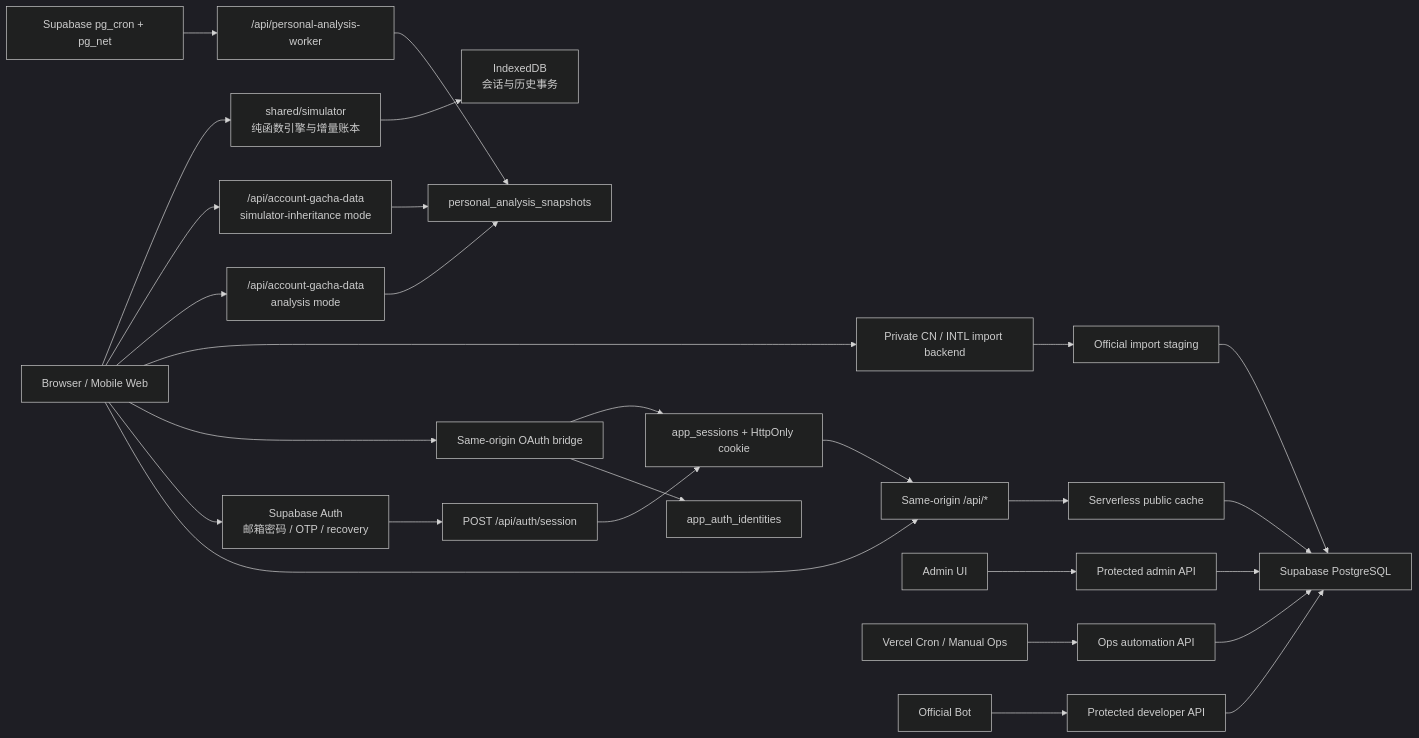
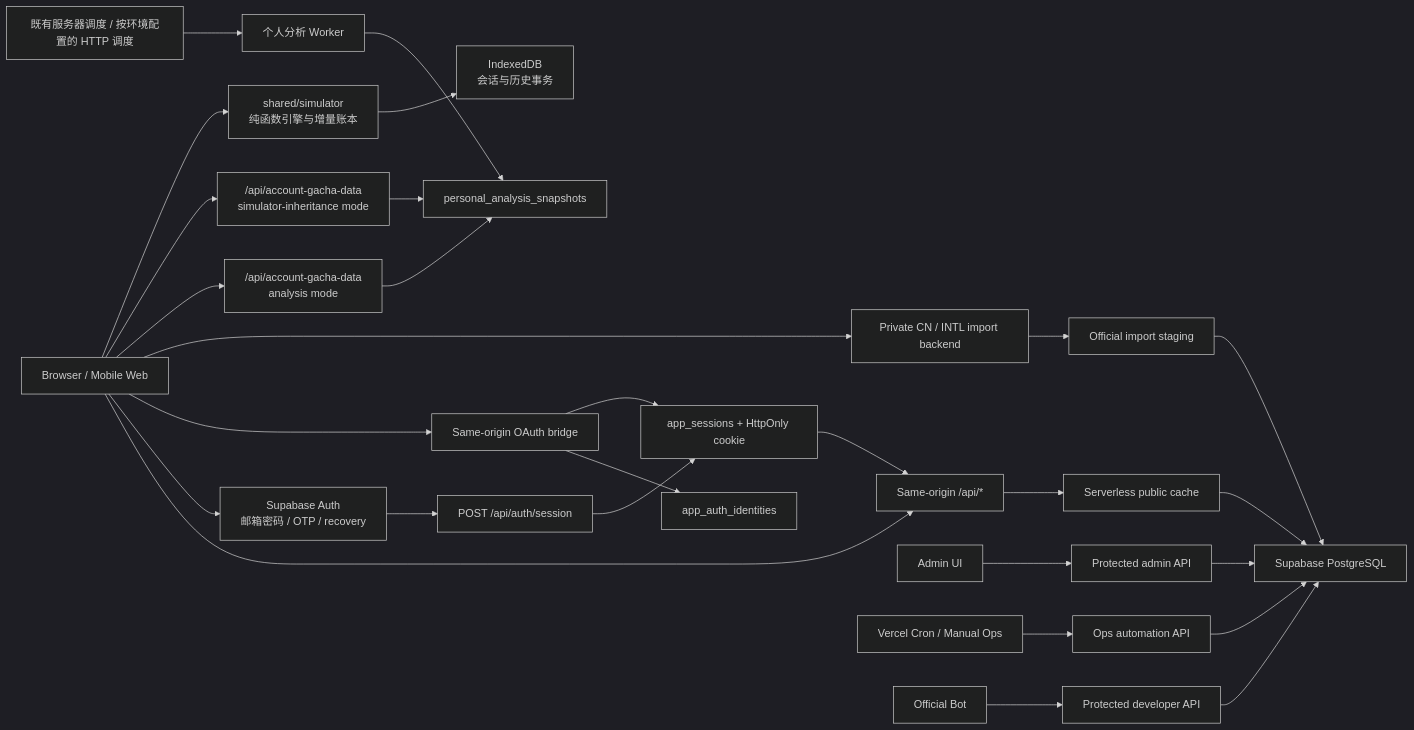
The first of 2 diagrams in docs/ARCHITECTURE.md (MoguJunn/endfield-gacha), drawn with Mermaid (dark theme) before and after one commit. The commit also changed other lines of this file and 25 other files, not shown here.

````diff
--- a/docs/ARCHITECTURE.md
+++ b/docs/ARCHITECTURE.md
@@ -9,30 +9,30 @@
 ```mermaid
 flowchart LR
   Browser["Browser / Mobile Web"] --> PublicApi["Same-origin /api/*"]
   Browser --> SupabaseAuth["Supabase Auth\n邮箱密码 / OTP / recovery"]
   Browser --> OAuthBridge["Same-origin OAuth bridge"]
   OAuthBridge --> AuthIdentity["app_auth_identities"]
   SupabaseAuth --> SessionBootstrap["POST /api/auth/session"]
   OAuthBridge --> SiteSession["app_sessions + HttpOnly cookie"]
   SessionBootstrap --> SiteSession
   SiteSession --> PublicApi
   Browser --> ImportBackend["Private CN / INTL import backend"]
   ImportBackend --> ImportStaging["Official import staging"]
   ImportStaging --> SupabaseDb
   Browser --> AnalysisApi["/api/account-gacha-data\nanalysis mode"]
   AnalysisApi --> AnalysisSnapshot["personal_analysis_snapshots"]
-  AnalysisScheduler["Supabase pg_cron + pg_net"] --> AnalysisWorker["/api/personal-analysis-worker"]
+  AnalysisScheduler["既有服务器调度 / 按环境配置的 HTTP 调度"] --> AnalysisWorker["个人分析 Worker"]
   AnalysisWorker --> AnalysisSnapshot
   Browser --> InheritanceApi["/api/account-gacha-data\nsimulator-inheritance mode"]
   InheritanceApi --> AnalysisSnapshot
   Browser --> Simulator["shared/simulator\n纯函数引擎与增量账本"]
   Simulator --> SimulatorSave["IndexedDB\n会话与历史事务"]
   PublicApi --> PublicCache["Serverless public cache"]
   PublicCache --> SupabaseDb["Supabase PostgreSQL"]
   Admin["Admin UI"] --> AdminApi["Protected admin API"]
   AdminApi --> SupabaseDb
   Ops["Vercel Cron / Manual Ops"] --> OpsApi["Ops automation API"]
   OpsApi --> SupabaseDb
   Bot["Official Bot"] --> DevApi["Protected developer API"]
   DevApi --> SupabaseDb
 ```
````
